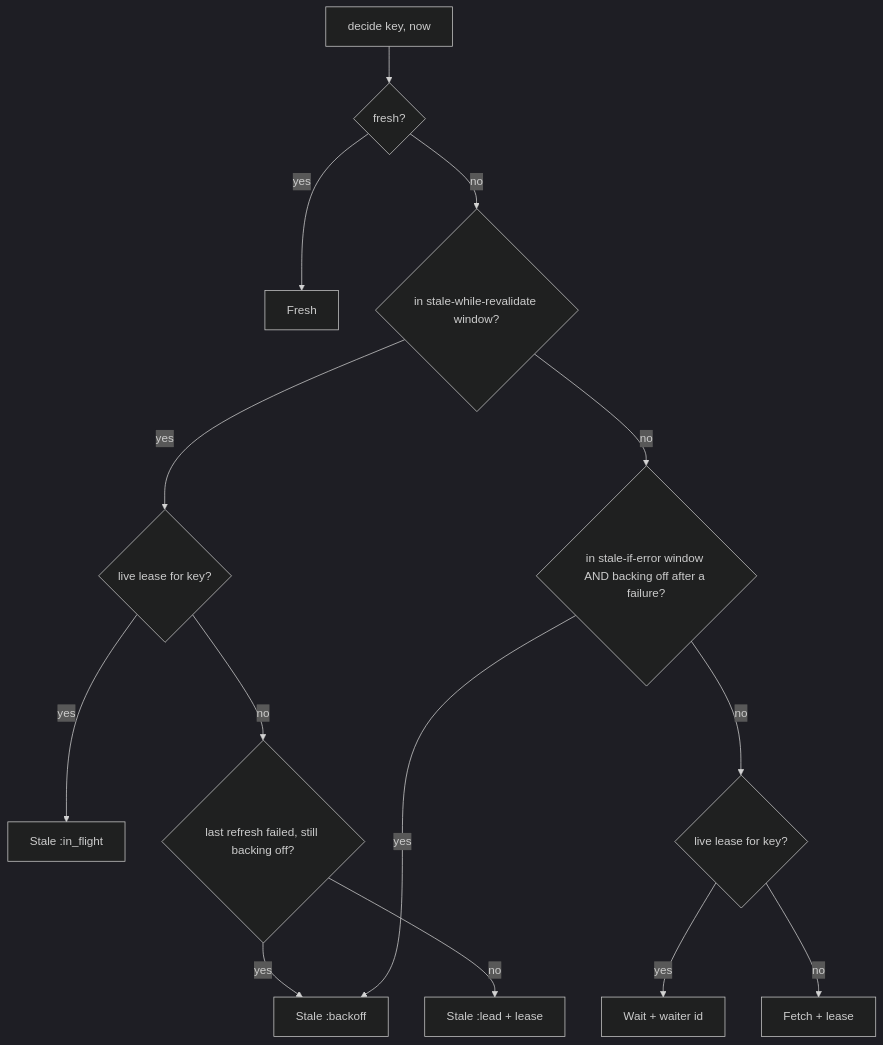
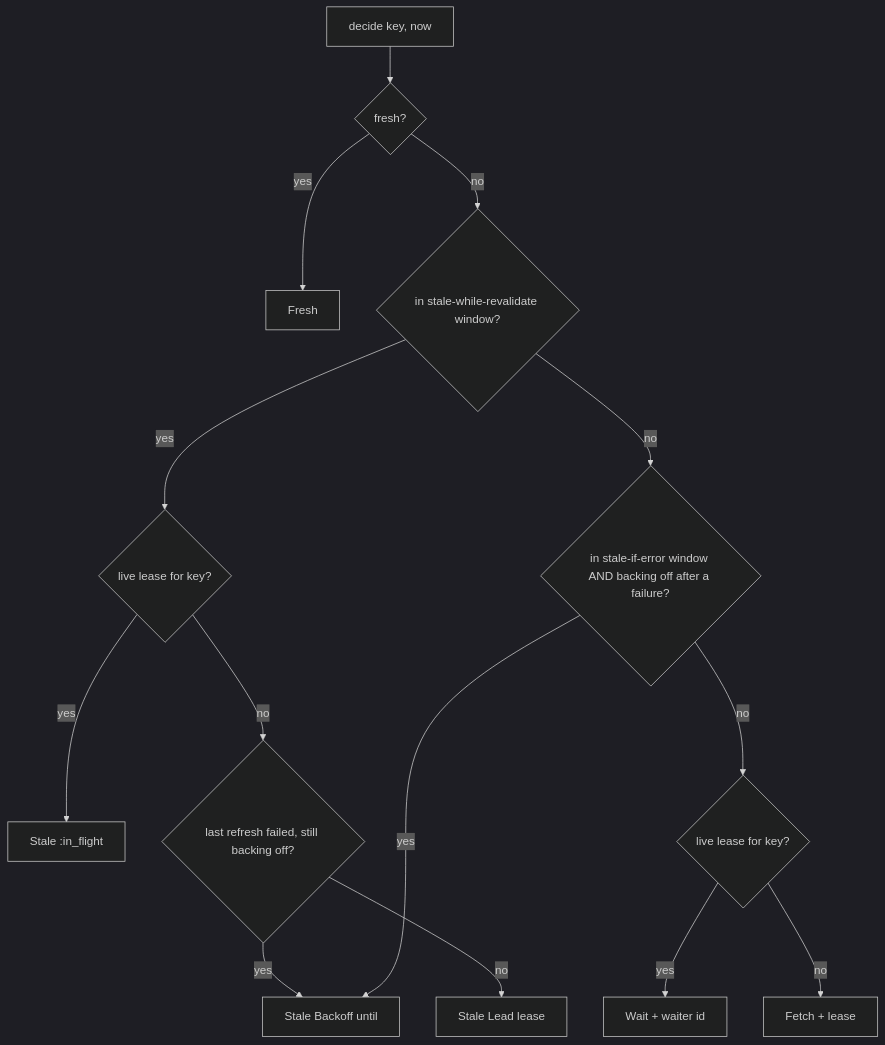
The second of 3 diagrams in README.md (seuros/refresh_machines), drawn with Mermaid (dark theme) before and after one commit. The commit also changed other lines of this file and 18 other files, not shown here.

````diff
--- a/README.md
+++ b/README.md
@@ -91,16 +93,16 @@
 ```mermaid
 flowchart TD
     A[decide key, now] --> B{fresh?}
     B -- yes --> F[Fresh]
     B -- no --> C{in stale-while-revalidate window?}
     C -- yes --> D{live lease for key?}
     D -- yes --> S1[Stale :in_flight]
     D -- no --> E{last refresh failed, still backing off?}
-    E -- yes --> S2[Stale :backoff]
-    E -- no --> S3[Stale :lead + lease]
+    E -- yes --> S2[Stale Backoff until]
+    E -- no --> S3[Stale Lead lease]
     C -- no --> G{in stale-if-error window AND backing off after a failure?}
     G -- yes --> S2
     G -- no --> H{live lease for key?}
     H -- yes --> W[Wait + waiter id]
     H -- no --> X[Fetch + lease]
 ```
````
